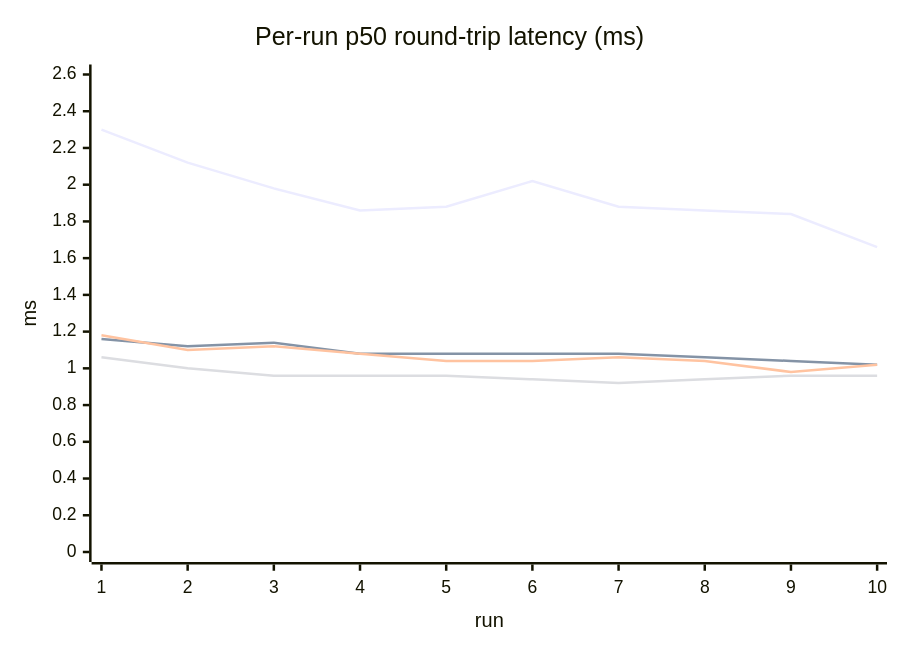
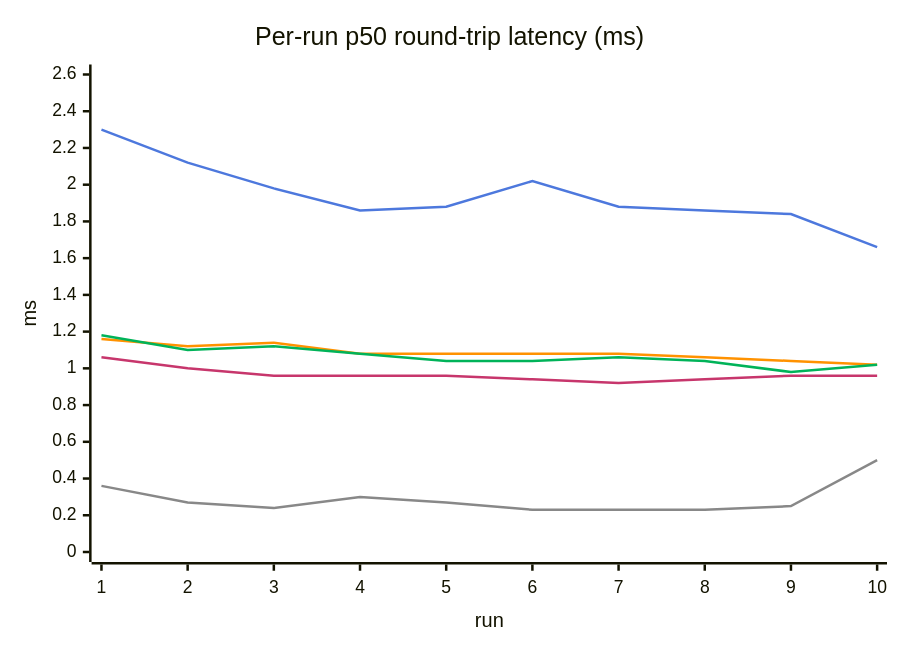
The second of 6 diagrams in docs/BENCHMARK.md (K4zoku/FF-WebHID), drawn with Mermaid before and after one commit. The commit also changed other lines of this file, not shown here.

````diff
--- a/docs/BENCHMARK.md
+++ b/docs/BENCHMARK.md
@@ -138,10 +140,17 @@
 ```mermaid
+---
+config:
+  themeVariables:
+    xyChart:
+      plotColorPalette: '#4d78dd, #ff9200, #00b359, #c7366c, #888888'
+---
 xychart
     title "Per-run p50 round-trip latency (ms)"
     x-axis "run" [1, 2, 3, 4, 5, 6, 7, 8, 9, 10]
     y-axis "ms" 0 --> 2.6
     line "nm" [2.30, 2.12, 1.98, 1.86, 1.88, 2.02, 1.88, 1.86, 1.84, 1.66]
     line "ws" [1.16, 1.12, 1.14, 1.08, 1.08, 1.08, 1.08, 1.06, 1.04, 1.02]
     line "wt-inpage" [1.18, 1.10, 1.12, 1.08, 1.04, 1.04, 1.06, 1.04, 0.98, 1.02]
     line "wt" [1.06, 1.00, 0.96, 0.96, 0.96, 0.94, 0.92, 0.94, 0.96, 0.96]
+    line "native" [0.36, 0.27, 0.24, 0.30, 0.27, 0.23, 0.23, 0.23, 0.25, 0.50]
 ```
````
